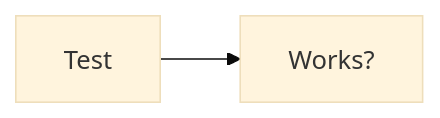
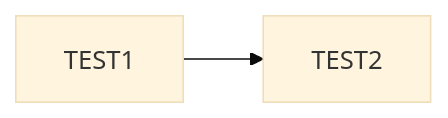
The diagram in docs/index.md (AdamoxB/ds_ai_portfolio), drawn with Mermaid (base theme) before and after one commit. The commit also changed other lines of this file, not shown here.

````diff
--- a/docs/index.md
+++ b/docs/index.md
@@ -3,4 +3,4 @@
 ```mermaid
 flowchart LR
-    X[Test] --> Y[Works?]
+    TEST1 --> TEST2
 ```
````
